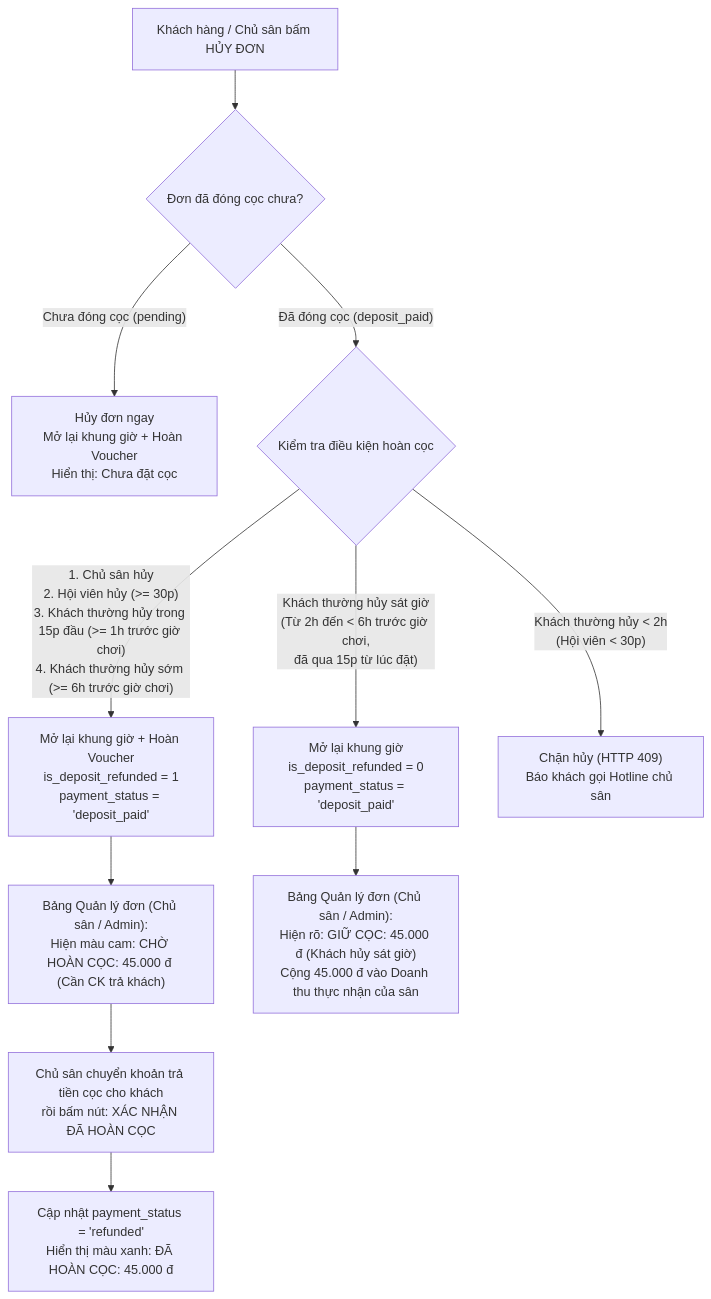
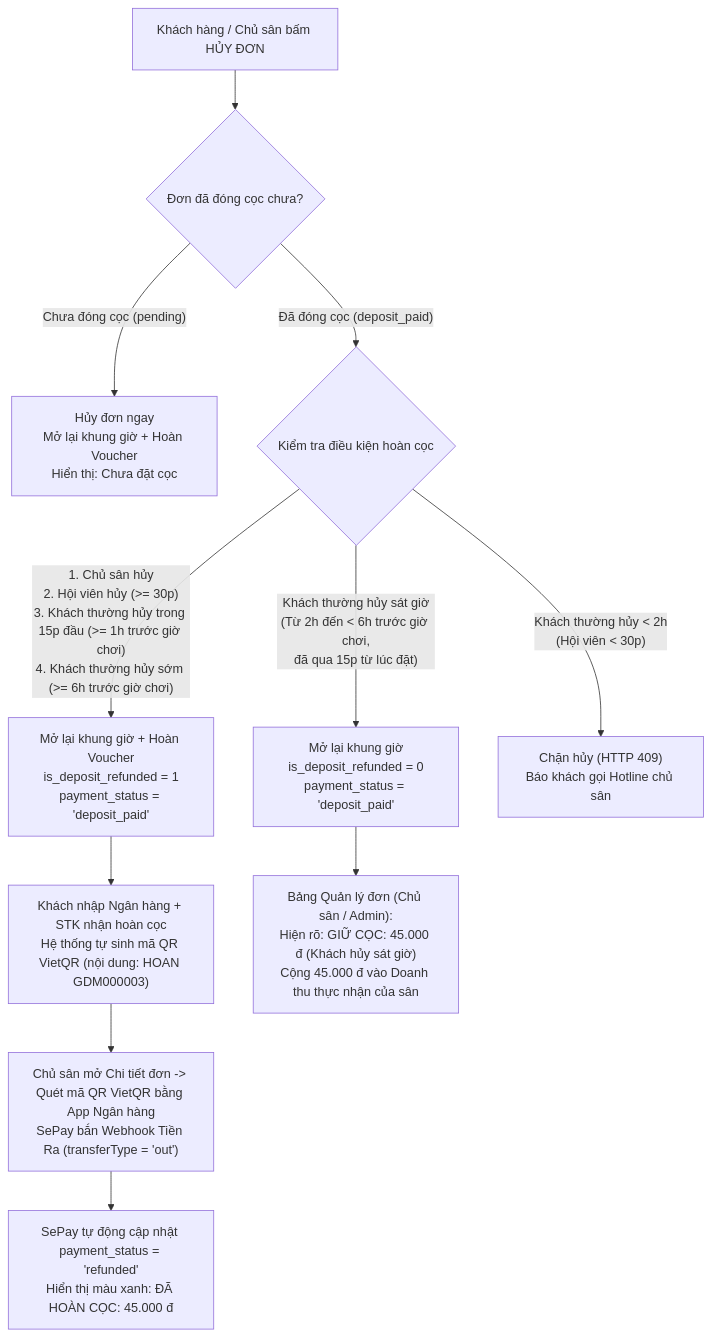
One commit to MinhLe2508/GODMINTON changed the diagram in docs/LUONG_HUY_DON_HOAN_COC.md. Above: the diagram before and after it, drawn with Mermaid. The commit also changed other lines of this file and 30 other files, not shown here.

````diff
--- a/docs/LUONG_HUY_DON_HOAN_COC.md
+++ b/docs/LUONG_HUY_DON_HOAN_COC.md
@@ -27,18 +27,18 @@
 ```mermaid
 flowchart TD
     A["Khách hàng / Chủ sân bấm HỦY ĐƠN"] --> B{"Đơn đã đóng cọc chưa?"}
     B -- "Chưa đóng cọc (pending)" --> C["Hủy đơn ngay<br/>Mở lại khung giờ + Hoàn Voucher<br/>Hiển thị: Chưa đặt cọc"]
     B -- "Đã đóng cọc (deposit_paid)" --> D{"Kiểm tra điều kiện hoàn cọc"}
     
     D -- "1. Chủ sân hủy<br/>2. Hội viên hủy (>= 30p)<br/>3. Khách thường hủy trong 15p đầu (>= 1h trước giờ chơi)<br/>4. Khách thường hủy sớm (>= 6h trước giờ chơi)" --> E["Mở lại khung giờ + Hoàn Voucher<br/>is_deposit_refunded = 1<br/>payment_status = 'deposit_paid'"]
     
     D -- "Khách thường hủy sát giờ<br/>(Từ 2h đến < 6h trước giờ chơi,<br/>đã qua 15p từ lúc đặt)" --> F["Mở lại khung giờ<br/>is_deposit_refunded = 0<br/>payment_status = 'deposit_paid'"]
     
     D -- "Khách thường hủy < 2h<br/>(Hội viên < 30p)" --> G["Chặn hủy (HTTP 409)<br/>Báo khách gọi Hotline chủ sân"]
 
-    E --> H["Bảng Quản lý đơn (Chủ sân / Admin):<br/>Hiện màu cam: CHỜ HOÀN CỌC: 45.000 đ (Cần CK trả khách)"]
-    H --> I["Chủ sân chuyển khoản trả tiền cọc cho khách<br/>rồi bấm nút: XÁC NHẬN ĐÃ HOÀN CỌC"]
-    I --> J["Cập nhật payment_status = 'refunded'<br/>Hiển thị màu xanh: ĐÃ HOÀN CỌC: 45.000 đ"]
+    E --> H["Khách nhập Ngân hàng + STK nhận hoàn cọc<br/>Hệ thống tự sinh mã QR VietQR (nội dung: HOAN GDM000003)"]
+    H --> I["Chủ sân mở Chi tiết đơn -> Quét mã QR VietQR bằng App Ngân hàng<br/>SePay bắn Webhook Tiền Ra (transferType = 'out')"]
+    I --> J["SePay tự động cập nhật payment_status = 'refunded'<br/>Hiển thị màu xanh: ĐÃ HOÀN CỌC: 45.000 đ"]
 
     F --> K["Bảng Quản lý đơn (Chủ sân / Admin):<br/>Hiện rõ: GIỮ CỌC: 45.000 đ (Khách hủy sát giờ)<br/>Cộng 45.000 đ vào Doanh thu thực nhận của sân"]
 ```
````
